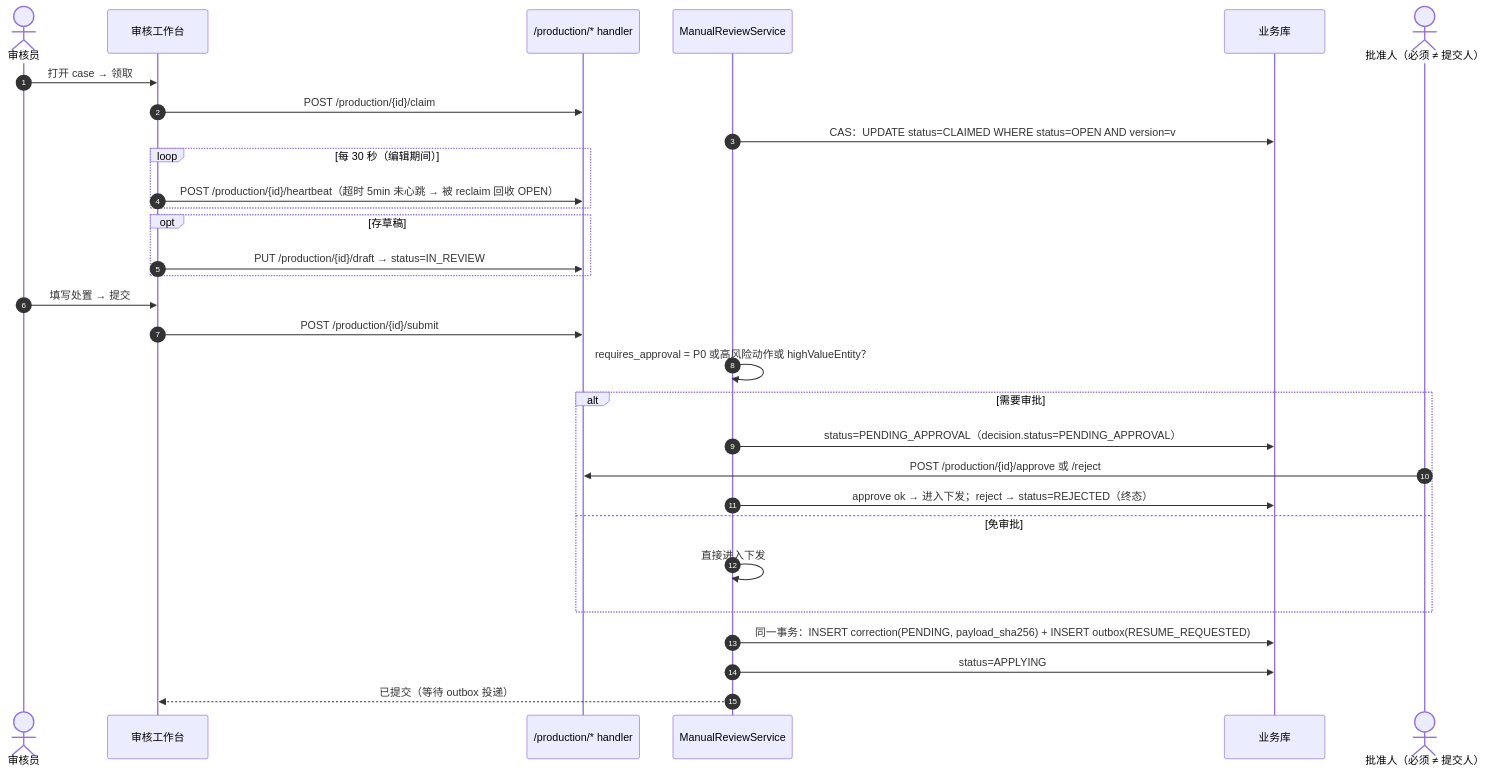
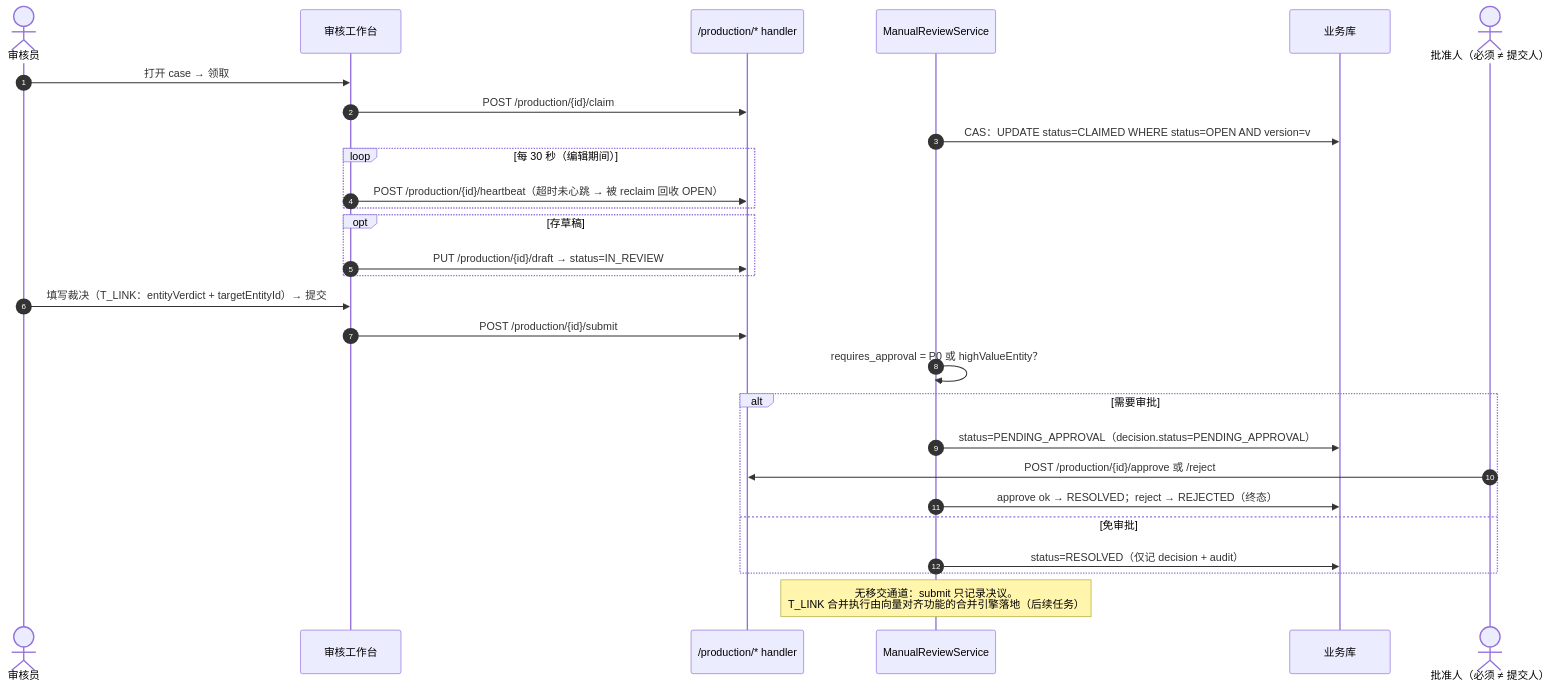
Before and after one commit to Marisolebxf/tech-kg-api: the second of 4 diagrams in docs/人工审核模块.md, drawn with Mermaid. The commit also changed other lines of this file and 43 other files, not shown here.

First line of the commit message:
refactor: 移除人工审核图构建移交通道，收敛为三个在用模板

````diff
--- a/docs/人工审核模块.md
+++ b/docs/人工审核模块.md
@@ -173,33 +138,31 @@
 ```mermaid
 sequenceDiagram
     autonumber
     actor R as 审核员
     participant FE as 审核工作台
     participant API as /production/* handler
     participant SVC as ManualReviewService
     participant DB as 业务库
 
     R->>FE: 打开 case → 领取
     FE->>API: POST /production/{id}/claim
     SVC->>DB: CAS：UPDATE status=CLAIMED WHERE status=OPEN AND version=v
     loop 每 30 秒（编辑期间）
-        FE->>API: POST /production/{id}/heartbeat（超时 5min 未心跳 → 被 reclaim 回收 OPEN）
+        FE->>API: POST /production/{id}/heartbeat（超时未心跳 → 被 reclaim 回收 OPEN）
     end
     opt 存草稿
         FE->>API: PUT /production/{id}/draft → status=IN_REVIEW
     end
-    R->>FE: 填写处置 → 提交
+    R->>FE: 填写裁决（T_LINK：entityVerdict + targetEntityId）→ 提交
     FE->>API: POST /production/{id}/submit
-    SVC->>SVC: requires_approval = P0 或高风险动作或 highValueEntity？
+    SVC->>SVC: requires_approval = P0 或 highValueEntity？
     alt 需要审批
         SVC->>DB: status=PENDING_APPROVAL（decision.status=PENDING_APPROVAL）
         actor A as 批准人（必须 ≠ 提交人）
         A->>API: POST /production/{id}/approve 或 /reject
-        SVC->>DB: approve ok → 进入下发；reject → status=REJECTED（终态）
+        SVC->>DB: approve ok → RESOLVED；reject → REJECTED（终态）
     else 免审批
-        SVC->>SVC: 直接进入下发
+        SVC->>DB: status=RESOLVED（仅记 decision + audit）
     end
-    SVC->>DB: 同一事务：INSERT correction(PENDING, payload_sha256) + INSERT outbox(RESUME_REQUESTED)
-    SVC->>DB: status=APPLYING
-    SVC-->>FE: 已提交（等待 outbox 投递）
+    note over SVC: 无移交通道：submit 只记录决议。<br/>T_LINK 合并执行由向量对齐功能的合并引擎落地（后续任务）
 ```
````
